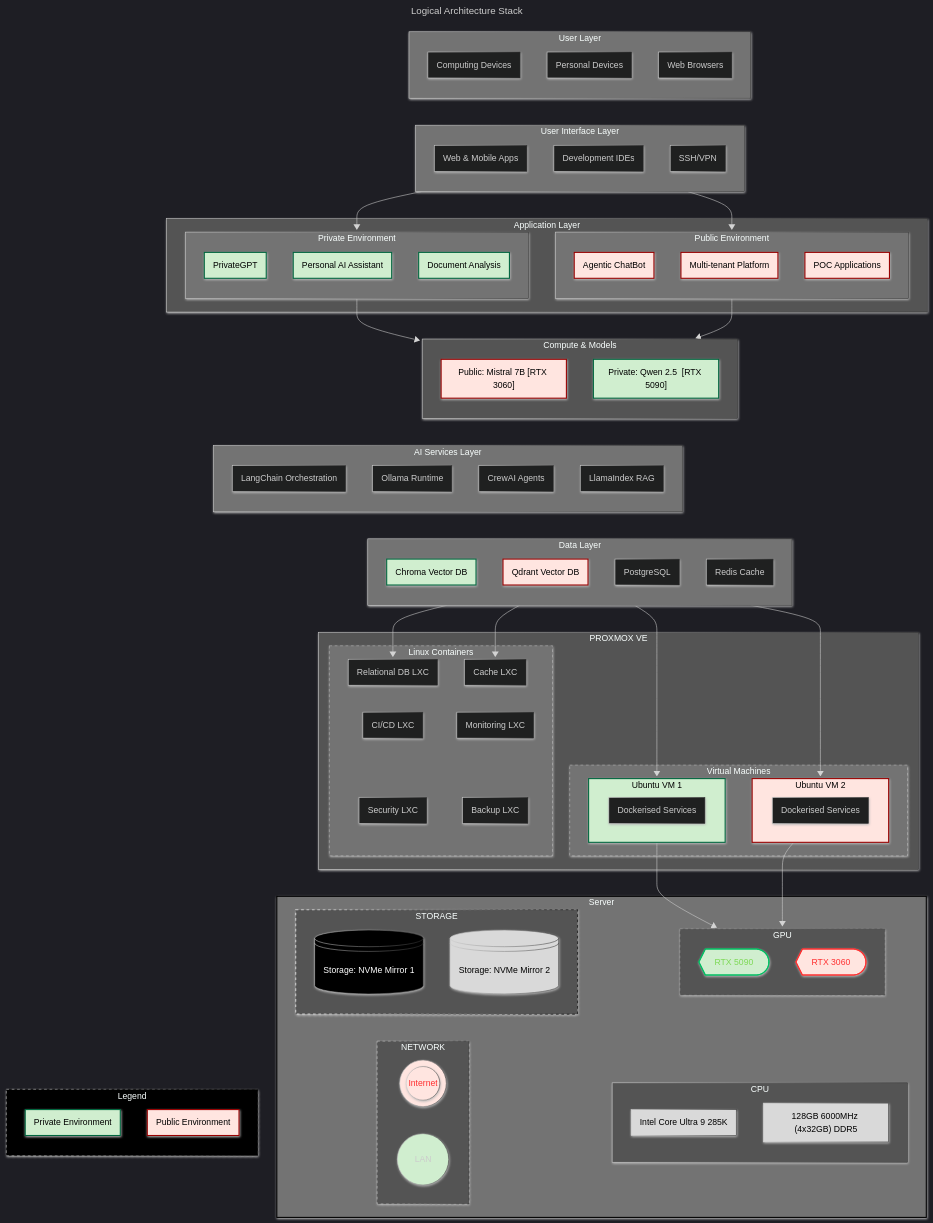
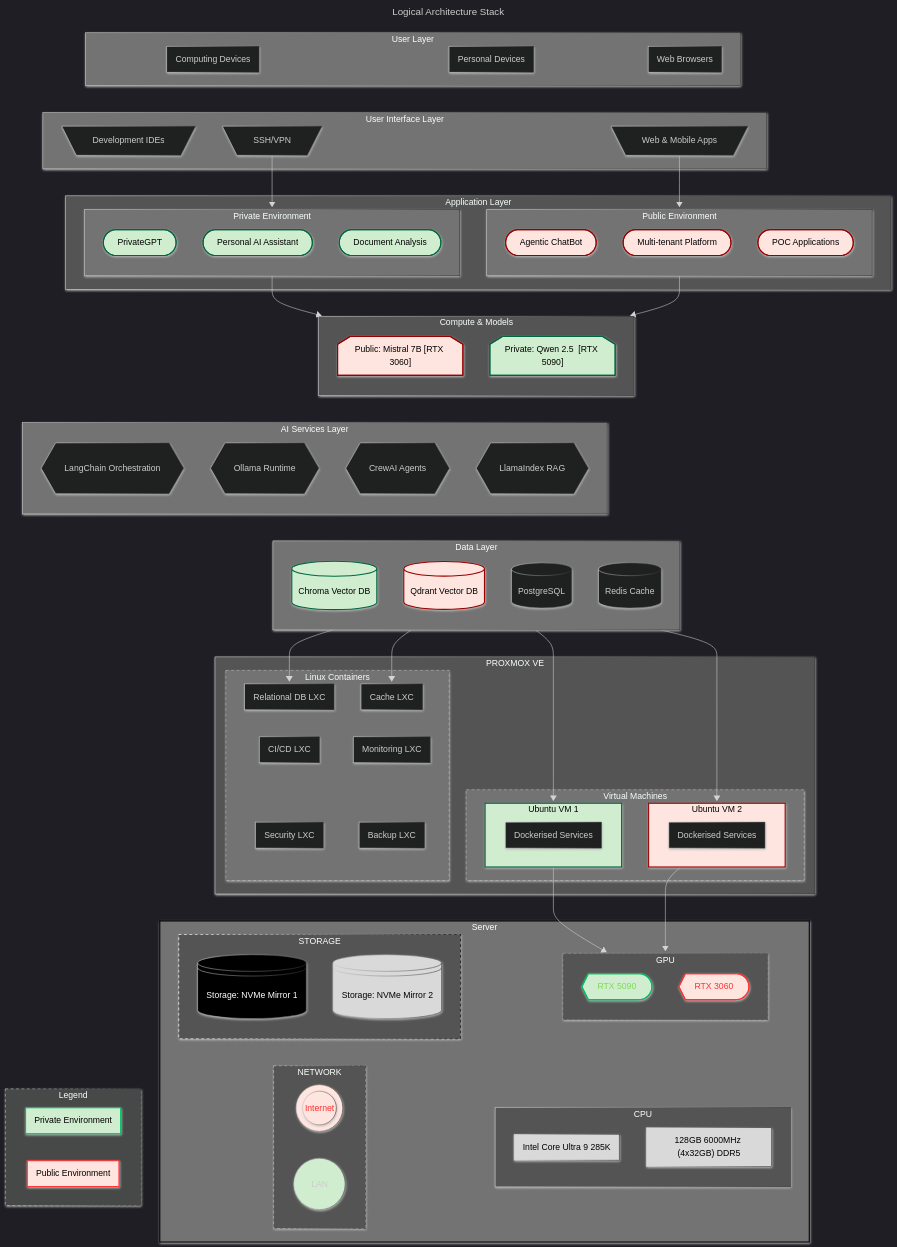
The diagram in README.md (xntrek/ai-dualstack), drawn with Mermaid before and after one commit. The commit also changed 1 other file, not shown here.

Commit message:
Bloody Mermaids

````diff
--- a/README.md
+++ b/README.md
@@ -41,7 +41,6 @@
 flowchart TB
     %% === USERS ===
     subgraph Users["User Layer"]
-        direction TB
         U1["Computing Devices"]
         U2["Personal Devices"]
         U3["Web Browsers"]
@@ -49,52 +48,51 @@
 
     %% === UI LAYER ===
     subgraph UI["User Interface Layer"]
-        direction TB
-        UI1["Web & Mobile Apps"]
-        UI2["Development IDEs"]
-        UI3["SSH/VPN"]
+        UI1@{ shape: "trap-t", label: "Web & Mobile Apps" }
+        UI2@{ shape: "trap-t", label: "Development IDEs" }
+        UI3@{ shape: "trap-t", label: "SSH/VPN" }
     end
 
     %% === APPLICATION LAYER ===
     subgraph APPS["Application Layer"]
         subgraph PrivateApp["Private Environment"]
-            direction TB
-            P1["PrivateGPT"]
-            P2["Personal AI Assistant"]
-            P3["Document Analysis"]
+            direction BT
+            P1@{ shape: "stadium", label: "PrivateGPT" }
+            P2@{ shape: "stadium", label: "Personal AI Assistant" }
+            P3@{ shape: "stadium", label: "Document Analysis" }
         end
 
         subgraph PublicApp["Public Environment"]
             direction TB
-            PU1["Agentic ChatBot"]
-            PU2["Multi-tenant Platform"]
-            PU3["POC Applications"]
+            PU1@{ shape: "stadium", label: "Agentic ChatBot" }
+            PU2@{ shape: "stadium", label: "Multi-tenant Platform" }
+            PU3@{ shape: "stadium", label: "POC Applications" }
         end
     end
 
     %% === COMPUTE ===
     subgraph Compute["Compute & Models"]
         direction TB
-        M2["Public: Mistral 7B [RTX 3060]"]
-        M1["Private: Qwen 2.5  [RTX 5090]"]
+        M2@{ shape: "notch-pent", label: "Public: Mistral 7B [RTX 3060]" }
+        M1@{ shape: "notch-pent", label: "Private: Qwen 2.5  [RTX 5090]" }
     end
 
     %% === AI SERVICES ===
     subgraph AIServices["AI Services Layer"]
         direction TB
-        AI1["LangChain Orchestration"]
-        AI2["Ollama Runtime"]
-        AI3["CrewAI Agents"]
-        AI4["LlamaIndex RAG"]
+        AI1@{ shape: "hex", label: "LangChain Orchestration" }
+        AI2@{ shape: "hex", label: "Ollama Runtime" }
+        AI3@{ shape: "hex", label: "CrewAI Agents" }
+        AI4@{ shape: "hex", label: "LlamaIndex RAG" }
     end
 
     %% === DATA LAYER ===
     subgraph Data["Data Layer"]
         direction TB
-        D1["Chroma Vector DB"]
-        D2["Qdrant Vector DB"]
-        D3["PostgreSQL"]
-        D4["Redis Cache"]
+        D1@{ shape: "cyl", label: "Chroma Vector DB" }
+        D2@{ shape: "cyl", label: "Qdrant Vector DB" }
+        D3@{ shape: "cyl", label: "PostgreSQL" }
+        D4@{ shape: "cyl", label: "Redis Cache" }
     end
 
     %% === VIRTUAL ENVIRONMENT ===
@@ -143,7 +141,7 @@
 
   %% Legend
   subgraph Legend[Legend]
-  direction TB
+  direction LR
     L1["Private Environment"]:::private
     L2["Public Environment"]:::public
   end
@@ -164,8 +162,8 @@
         PrivateApp --> M1 ~~~ AIServices ~~~ D1 --> VM1 --> GPU1
         PublicApp --> M2 ~~~ AIServices ~~~ D2 --> VM2 --> GPU2 
         VM ~~~ GPU
-        DISK ~~~ CPU
-        GPU ~~~ CPU
+        d1 ~~~ cpu
+        GPU2 ~~~ ram
         Infra ~~~ Legend
 
     GPU1@{ shape: "display", label: "RTX 5090" }
@@ -197,7 +195,6 @@
 	style UI fill:#737373
 	style Users fill:#737373
 	style Compute fill:#545454
-	style Legend stroke-width:1px,stroke-dasharray:5 5,fill:#000000
 	style GPU1 color:#7ED957,stroke-width:2px,stroke:#00BF63
 	style GPU2 color:#FF3131,stroke-width:2px,stroke:#FF3131
 	style P1 color:#000000
@@ -210,8 +207,6 @@
 	style PU3 color:#000000
 	style D1 color:#000000
 	style D2 color:#000000
-	style L1 color:#000000
-	style L2 color:#000000
 	style VM1 color:#000000
 	style VM2 color:#000000
 	style CPU fill:#545454
@@ -221,4 +216,7 @@
 	style d2 fill:#D9D9D9,color:#000000
 	style nw2 fill:#D0EECF
 	style nw1 color:#FF3131,fill:#FFE5E0
+	style Legend stroke-width:1px,stroke-dasharray:5 5
+	style L1 color:#000000,stroke-width:2px,stroke:#00BF63
+	style L2 color:#000000,stroke-width:2px,stroke:#FF3131
 ```
````
